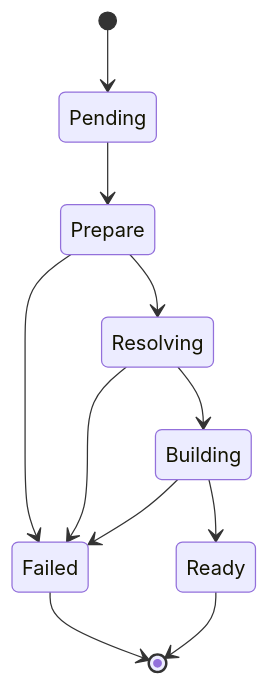
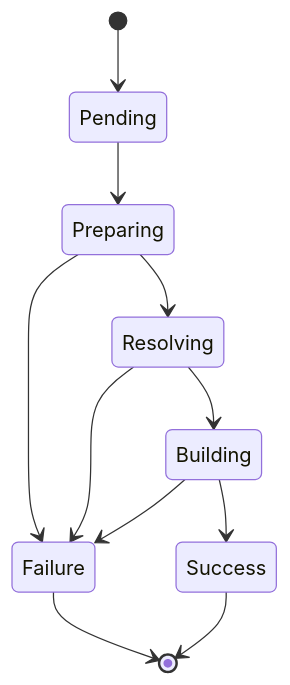
Before and after one commit to thoth-station/opendatahub-cnbi: the fifth of 6 diagrams in README.md, drawn with Mermaid. The commit also changed other lines of this file, not shown here.

````diff
--- a/README.md
+++ b/README.md
@@ -96,14 +93,14 @@
 ```mermaid
 stateDiagram-v2
     [*] --> Pending
-    Failed --> [*]
+    Failure --> [*]
 
-    Pending --> Prepare
-    Prepare --> Resolving
-    Prepare --> Failed
+    Pending --> Preparing
+    Preparing --> Resolving
+    Preparing --> Failure
     Resolving --> Building
-    Resolving --> Failed
-    Building --> Ready
-    Building --> Failed
-    Ready --> [*]
+    Resolving --> Failure
+    Building --> Success
+    Building --> Failure
+    Success --> [*]
 ```
````
